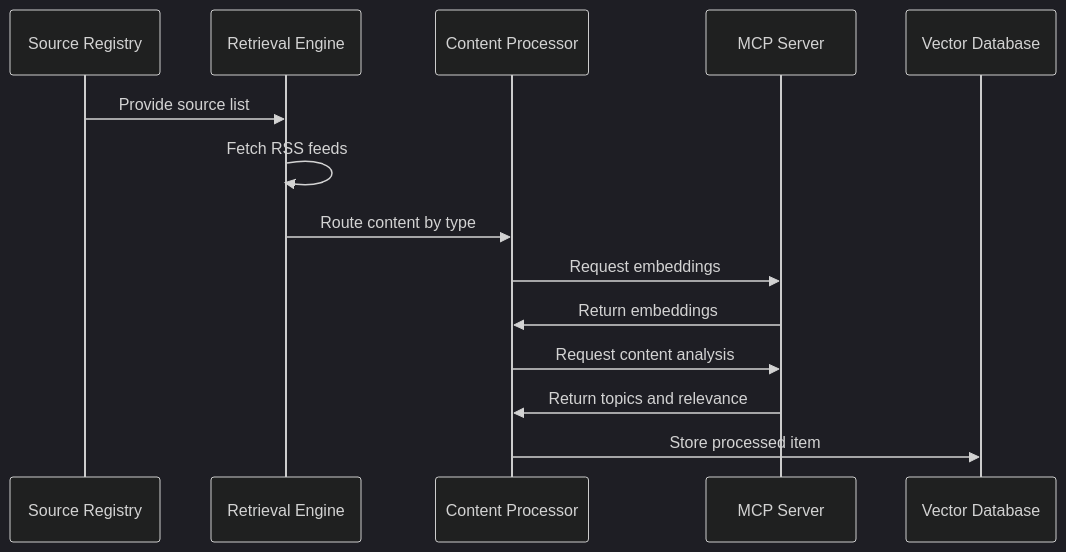
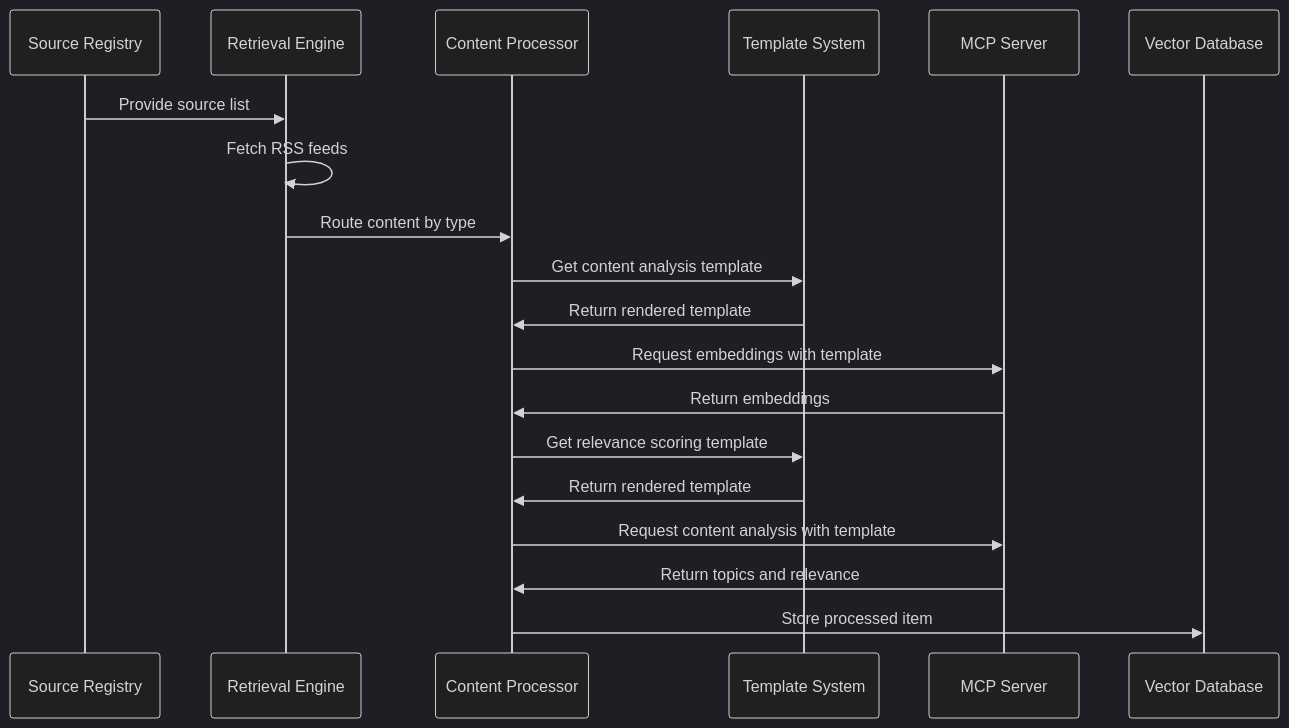
The second of 5 diagrams in docs/prd/architecture.md (mpazaryna/lens), drawn with Mermaid (dark theme) before and after one commit. The commit also changed other lines of this file and 11 other files, not shown here.

````diff
--- a/docs/prd/architecture.md
+++ b/docs/prd/architecture.md
@@ -185,17 +212,22 @@
 ```mermaid
 sequenceDiagram
     participant SR as Source Registry
     participant RE as Retrieval Engine
     participant CP as Content Processor
+    participant TS as Template System
     participant MCP as MCP Server
     participant DB as Vector Database
 
     SR->>RE: Provide source list
     RE->>RE: Fetch RSS feeds
     RE->>CP: Route content by type
-    CP->>MCP: Request embeddings
+    CP->>TS: Get content analysis template
+    TS->>CP: Return rendered template
+    CP->>MCP: Request embeddings with template
     MCP->>CP: Return embeddings
-    CP->>MCP: Request content analysis
+    CP->>TS: Get relevance scoring template
+    TS->>CP: Return rendered template
+    CP->>MCP: Request content analysis with template
     MCP->>CP: Return topics and relevance
     CP->>DB: Store processed item
 ```
````
